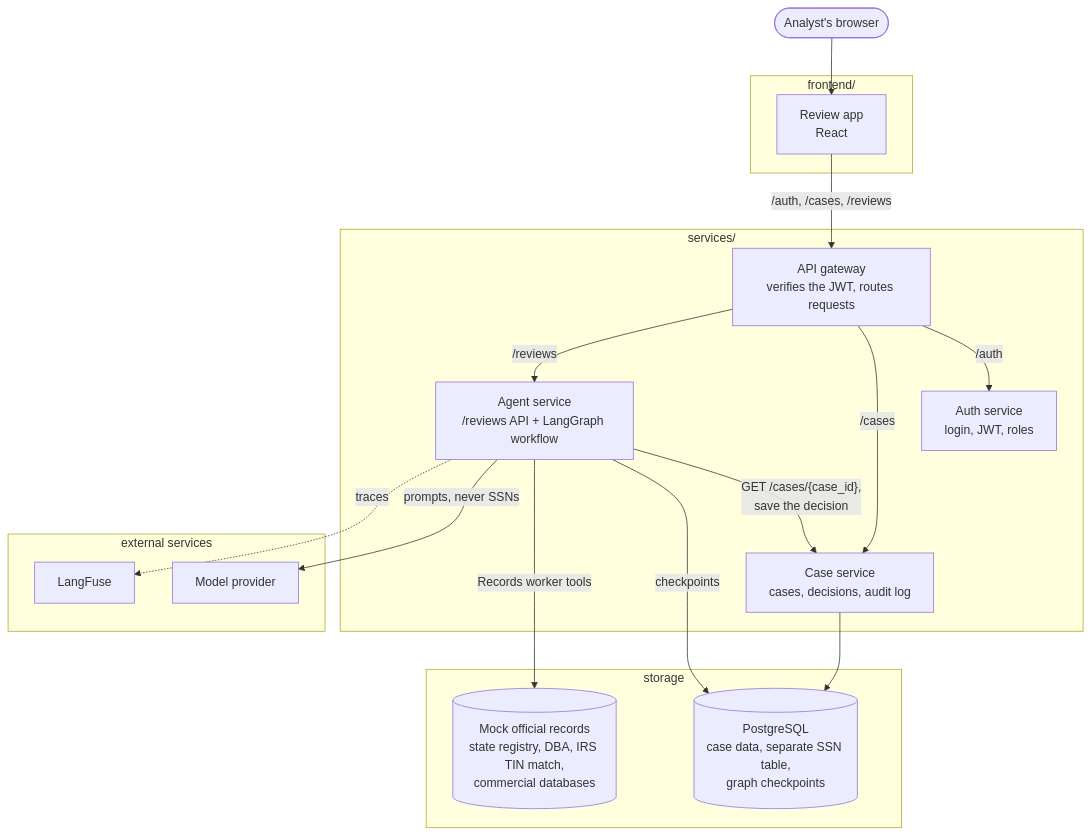
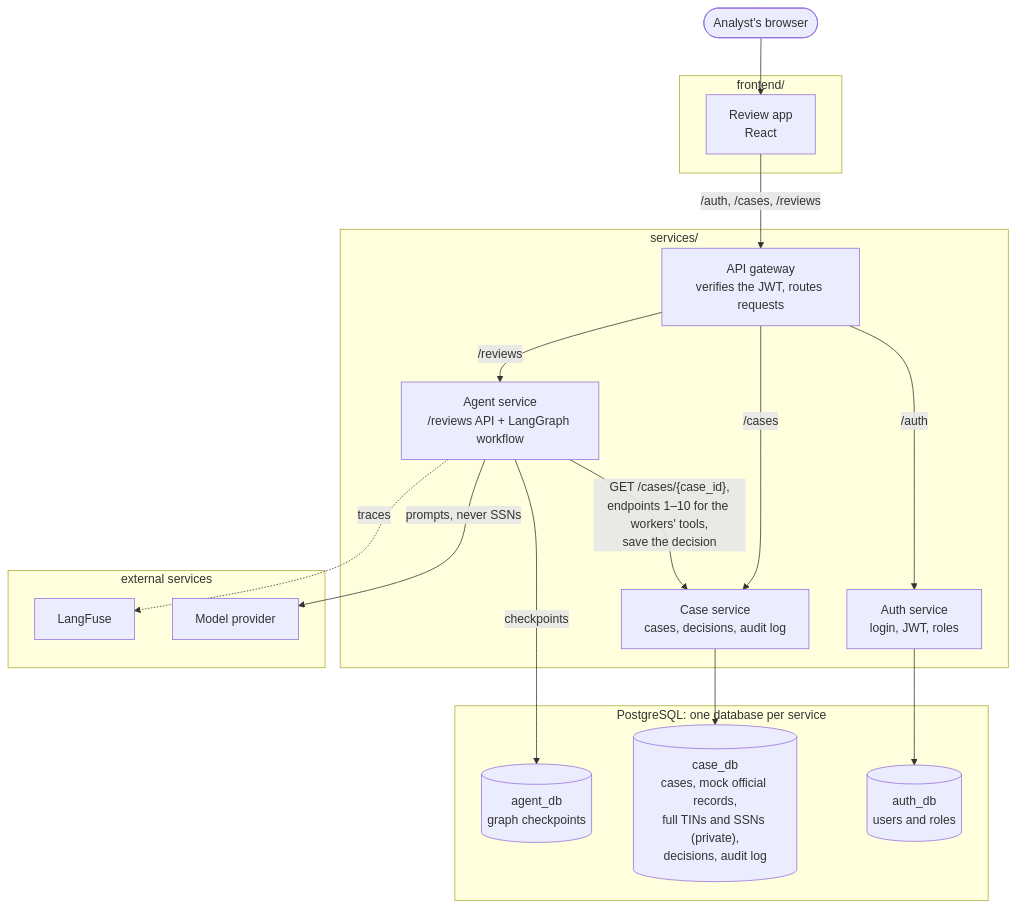
One commit to kimhw99/affirm-agent changed the first of 3 diagrams in docs/architecture.md. Above: the diagram before and after it, drawn with Mermaid. The commit also changed other lines of this file and 2 other files, not shown here.

Commit message:
BEAC-12 BEAC-5: Document the databases and case_db tables

````diff
--- a/docs/architecture.md
+++ b/docs/architecture.md
@@ -12,37 +12,38 @@
 ```mermaid
 flowchart TB
     analyst(["Analyst's browser"])
 
     subgraph fe["frontend/"]
         app["Review app<br/>React"]
     end
 
     subgraph svc["services/"]
         gw["API gateway<br/>verifies the JWT, routes requests"]
         auth["Auth service<br/>login, JWT, roles"]
         cases["Case service<br/>cases, decisions, audit log"]
         agent["Agent service<br/>/reviews API + LangGraph workflow"]
     end
 
-    subgraph store["storage"]
-        db[("PostgreSQL<br/>case data, separate SSN table,<br/>graph checkpoints")]
-        mock[("Mock official records<br/>state registry, DBA, IRS TIN match,<br/>commercial databases")]
+    subgraph store["PostgreSQL: one database per service"]
+        authdb[("auth_db<br/>users and roles")]
+        casedb[("case_db<br/>cases, mock official records,<br/>full TINs and SSNs (private),<br/>decisions, audit log")]
+        agentdb[("agent_db<br/>graph checkpoints")]
     end
 
     subgraph ext["external services"]
         llm["Model provider"]
         lf["LangFuse"]
     end
 
     analyst --> app
     app -->|"/auth, /cases, /reviews"| gw
     gw -->|"/auth"| auth
     gw -->|"/cases"| cases
     gw -->|"/reviews"| agent
-    agent -->|"GET /cases/{case_id},<br/>save the decision"| cases
-    cases --> db
-    agent -->|"checkpoints"| db
-    agent -->|"Records worker tools"| mock
+    agent -->|"GET /cases/{case_id},<br/>endpoints 1–10 for the workers' tools,<br/>save the decision"| cases
+    auth --> authdb
+    cases --> casedb
+    agent -->|"checkpoints"| agentdb
     agent -->|"prompts, never SSNs"| llm
     agent -.->|"traces"| lf
 ```
````
